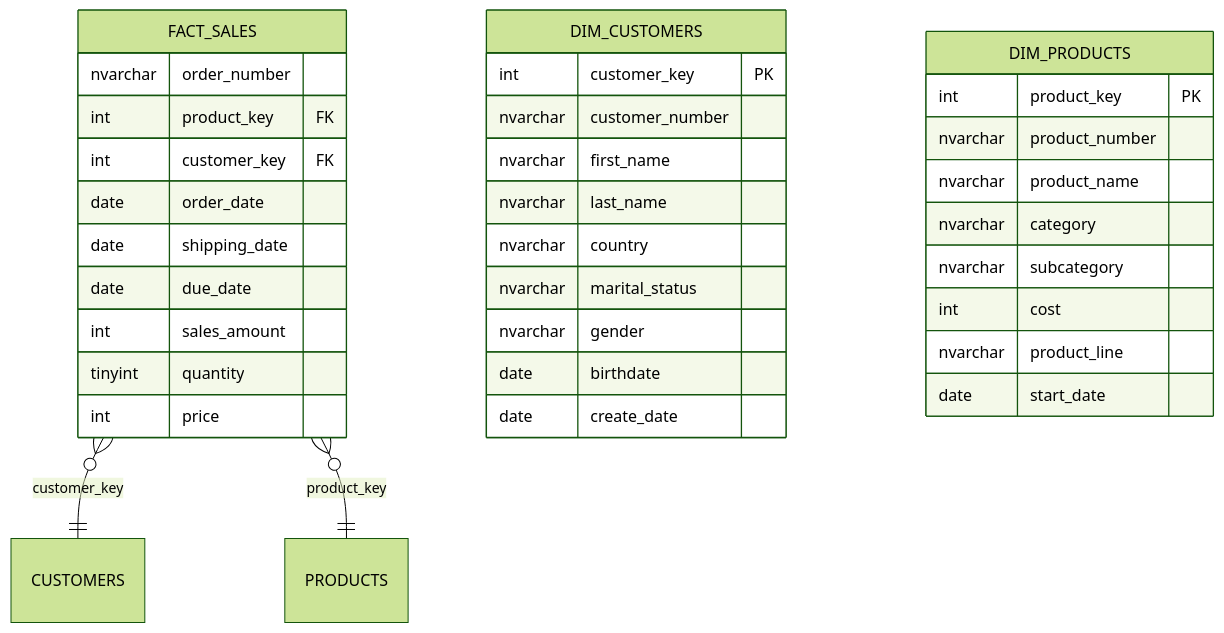
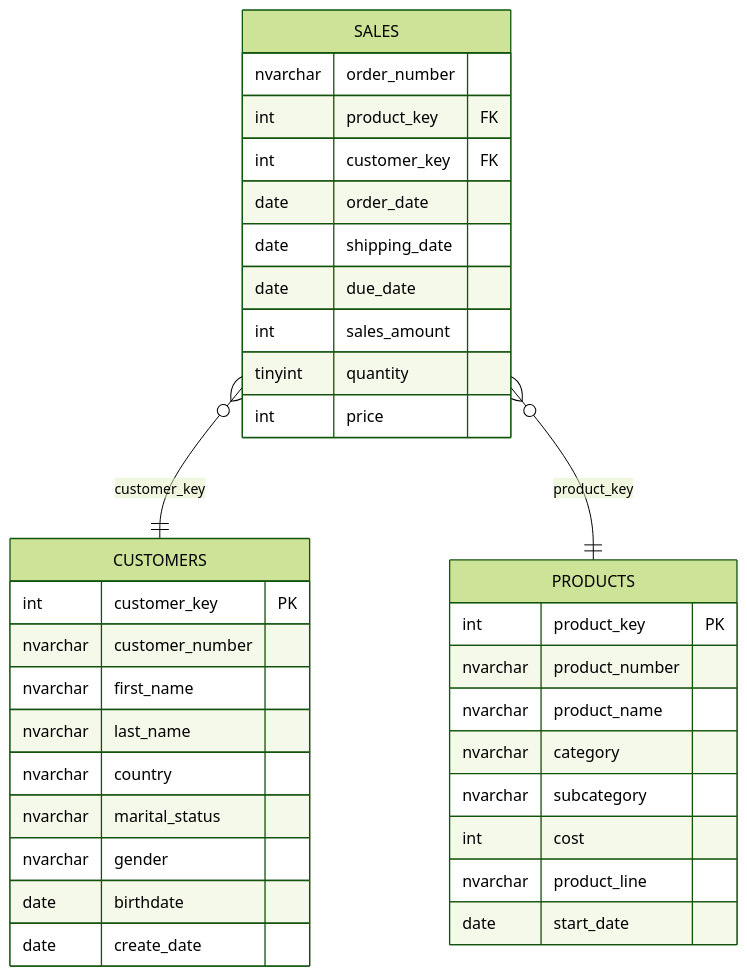
One commit to ei-adnan/sql-data-analysis changed the diagram in README.md. Above: the diagram before and after it, drawn with Mermaid (forest theme). The commit also changed other lines of this file, not shown here.

````diff
--- a/README.md
+++ b/README.md
@@ -39,38 +39,38 @@
 ```mermaid
 erDiagram
-    FACT_SALES }o--|| CUSTOMERS : "customer_key"
-    FACT_SALES }o--|| PRODUCTS : "product_key"
+    SALES }o--|| CUSTOMERS : "customer_key"
+    SALES }o--|| PRODUCTS : "product_key"
 
-    FACT_SALES {
+    SALES {
         nvarchar order_number
         int product_key FK
         int customer_key FK
         date order_date
         date shipping_date
         date due_date
         int sales_amount
         tinyint quantity
         int price
     }
-    DIM_CUSTOMERS {
+    CUSTOMERS {
         int customer_key PK
         nvarchar customer_number
         nvarchar first_name
         nvarchar last_name
         nvarchar country
         nvarchar marital_status
         nvarchar gender
         date birthdate
         date create_date
     }
-    DIM_PRODUCTS {
+    PRODUCTS {
         int product_key PK
         nvarchar product_number
         nvarchar product_name
         nvarchar category
         nvarchar subcategory
         int cost
         nvarchar product_line
         date start_date
     }
 ```
````
